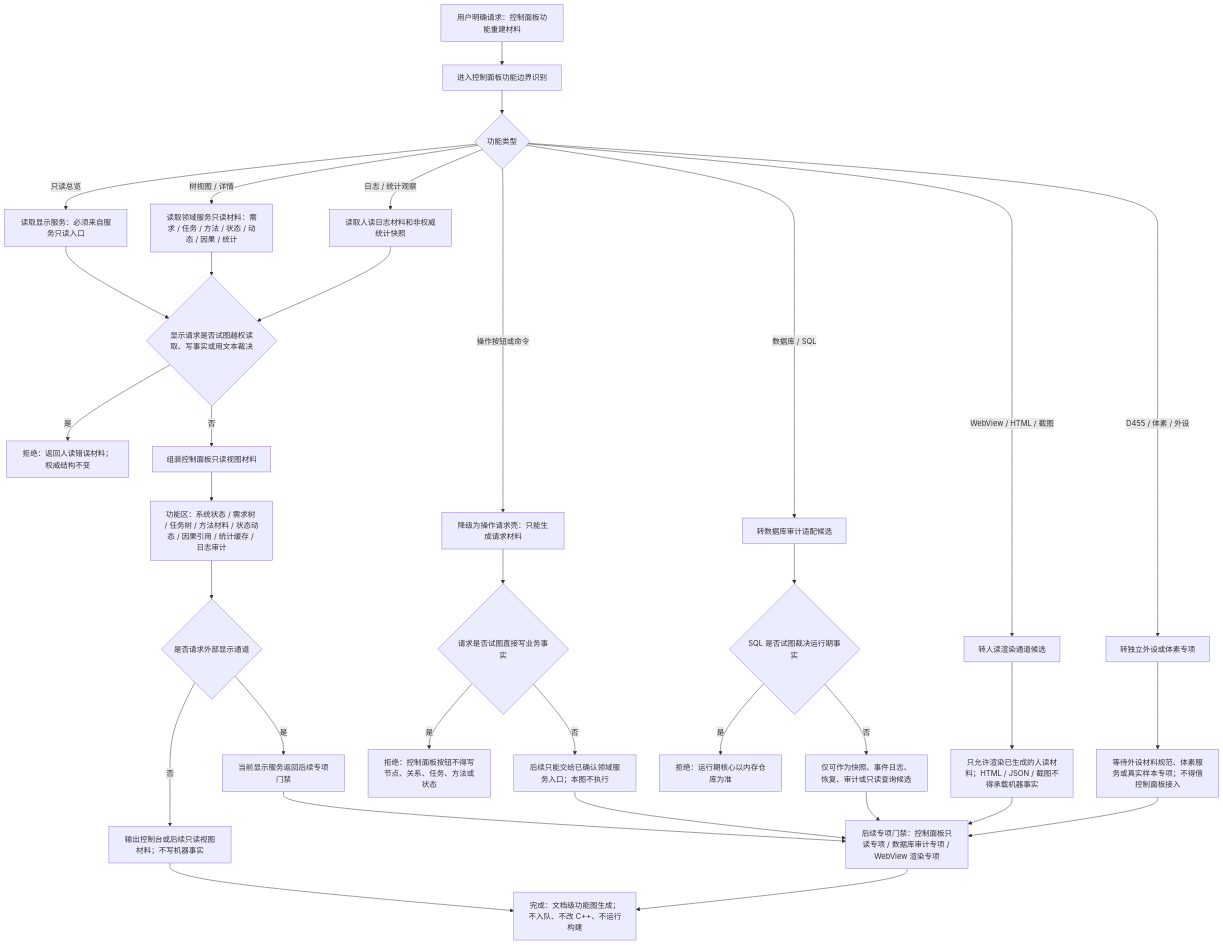
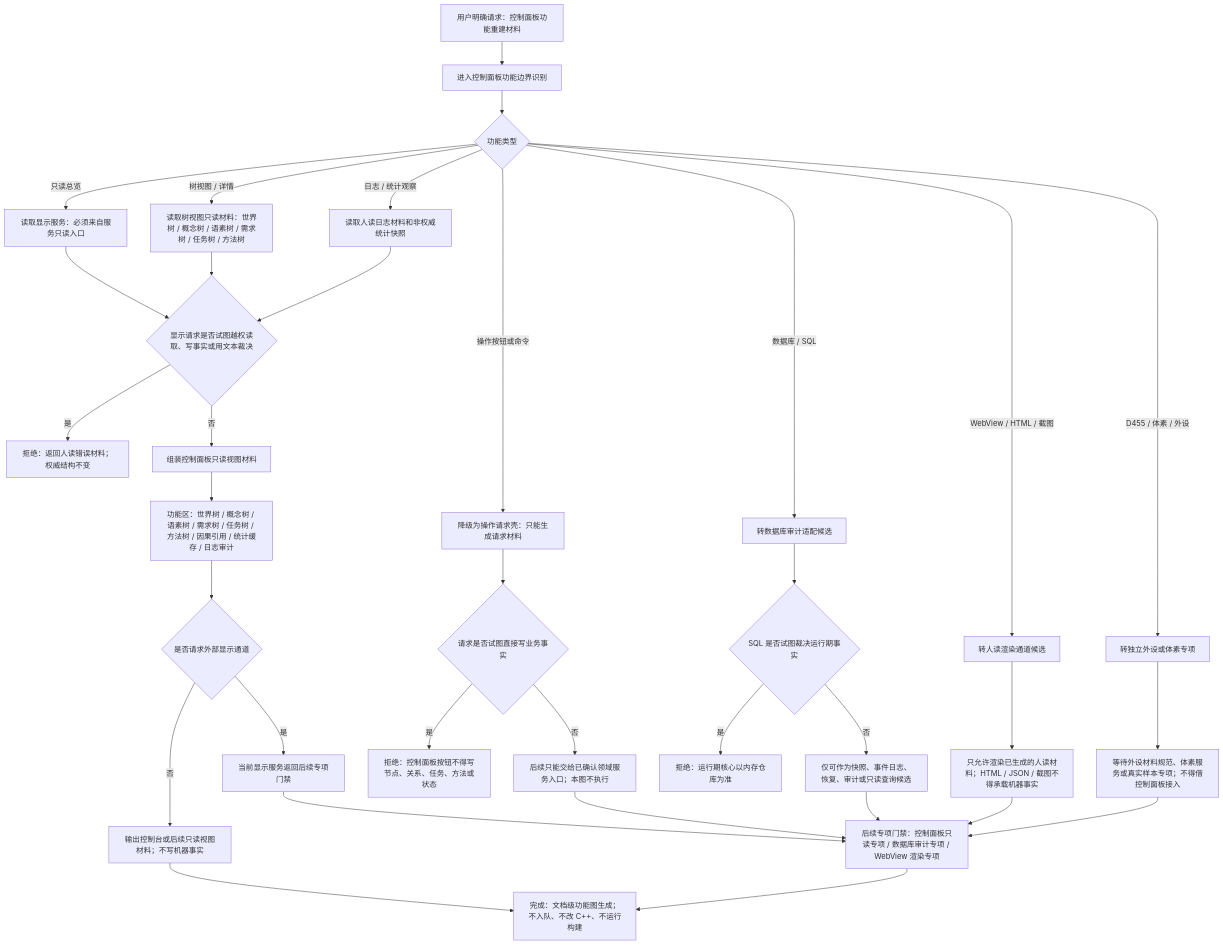
One commit to chunhaizh-cyber/HY-Ego changed the diagram in 流程图/20260709_控制面板功能流程图_v0.1.md. Above: the diagram before and after it, drawn with Mermaid. The commit also changed other lines of this file and 1 other file, not shown here.

Commit message:
修订控制面板树视图范围

````diff
--- a/流程图/20260709_控制面板功能流程图_v0.1.md
+++ b/流程图/20260709_控制面板功能流程图_v0.1.md
@@ -28,36 +28,36 @@
 ```mermaid
 flowchart TD
     A["用户明确请求：控制面板功能重建材料"] --> B["进入控制面板功能边界识别"]
     B --> C{"功能类型"}
     C -->|只读总览| D["读取显示服务：必须来自服务只读入口"]
-    C -->|树视图 / 详情| E["读取领域服务只读材料：需求 / 任务 / 方法 / 状态 / 动态 / 因果 / 统计"]
+    C -->|树视图 / 详情| E["读取树视图只读材料：世界树 / 概念树 / 语素树 / 需求树 / 任务树 / 方法树"]
     C -->|日志 / 统计观察| F["读取人读日志材料和非权威统计快照"]
     C -->|操作按钮或命令| G["降级为操作请求壳：只能生成请求材料"]
     C -->|数据库 / SQL| H["转数据库审计适配候选"]
     C -->|WebView / HTML / 截图| I["转人读渲染通道候选"]
     C -->|D455 / 体素 / 外设| J["转独立外设或体素专项"]
     D --> K{"显示请求是否试图越权读取、写事实或用文本裁决"}
     E --> K
     F --> K
     K -->|是| R0["拒绝：返回人读错误材料；权威结构不变"]
     K -->|否| L["组装控制面板只读视图材料"]
-    L --> M["功能区：系统状态 / 需求树 / 任务树 / 方法材料 / 状态动态 / 因果引用 / 统计缓存 / 日志审计"]
+    L --> M["功能区：世界树 / 概念树 / 语素树 / 需求树 / 任务树 / 方法树 / 因果引用 / 统计缓存 / 日志审计"]
     M --> N{"是否请求外部显示通道"}
     N -->|否| O["输出控制台或后续只读视图材料；不写机器事实"]
     N -->|是| P["当前显示服务返回后续专项门禁"]
     G --> Q{"请求是否试图直接写业务事实"}
     Q -->|是| R1["拒绝：控制面板按钮不得写节点、关系、任务、方法或状态"]
     Q -->|否| S["后续只能交给已确认领域服务入口；本图不执行"]
     H --> T{"SQL 是否试图裁决运行期事实"}
     T -->|是| R2["拒绝：运行期核心以内存仓库为准"]
     T -->|否| U["仅可作为快照、事件日志、恢复、审计或只读查询候选"]
     I --> V["只允许渲染已生成的人读材料；HTML / JSON / 截图不得承载机器事实"]
     J --> W["等待外设材料规范、体素服务或真实样本专项；不得借控制面板接入"]
     P --> X["后续专项门禁：控制面板只读专项 / 数据库审计专项 / WebView 渲染专项"]
     S --> X
     U --> X
     V --> X
     W --> X
     O --> Y["完成：文档级功能图生成；不入队、不改 C++、不运行构建"]
     X --> Y
 ```
````
